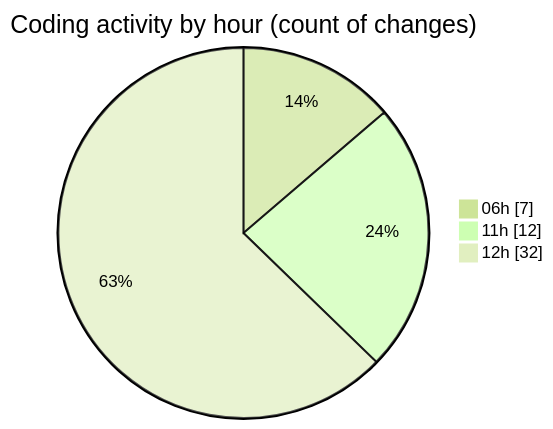
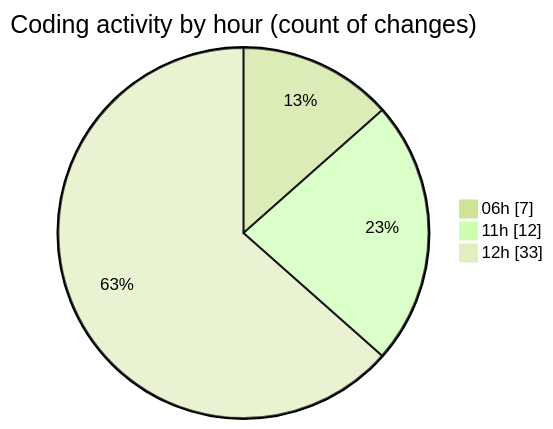
Before and after one commit to EIIisD/code-tracking: the second of 2 diagrams in 2025-07-14/ribbon/README.md, drawn with Mermaid (forest theme). The commit also changed other lines of this file and 1 other file, not shown here.

````diff
--- a/2025-07-14/ribbon/README.md
+++ b/2025-07-14/ribbon/README.md
@@ -49,7 +50,7 @@
 ```mermaid
 pie showData
 title Coding activity by hour (count of changes)
 "06h" : 7
 "11h" : 12
-"12h" : 32
+"12h" : 33
 ```
````
